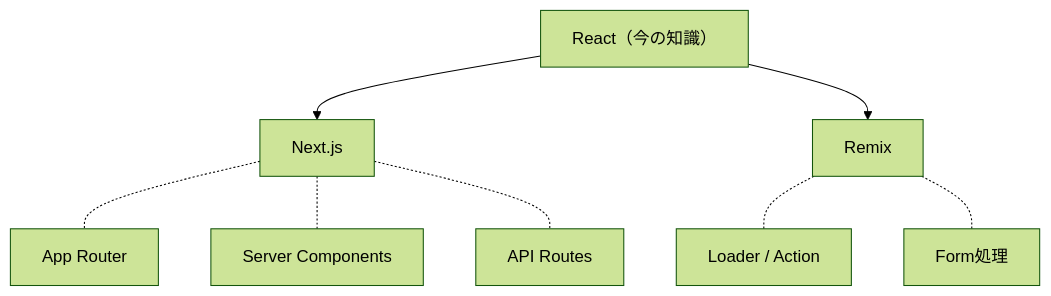
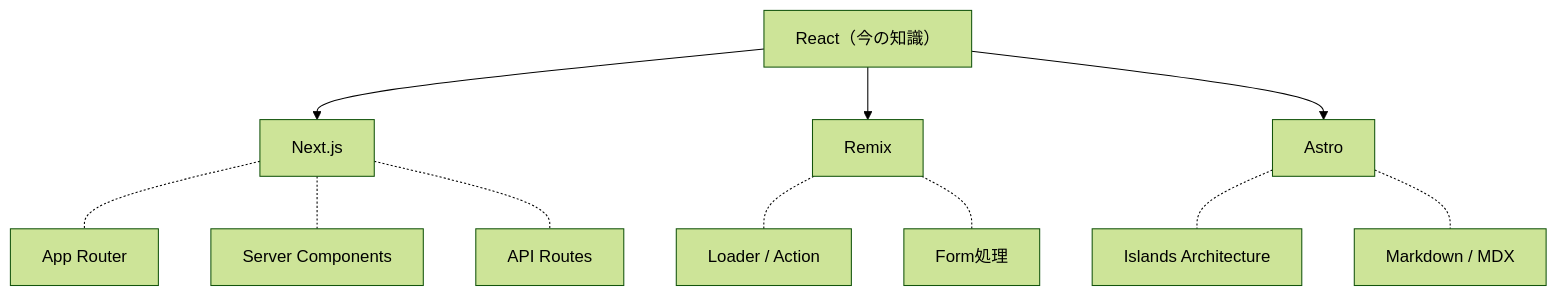
The seventh of 17 diagrams in src/content/lessons/23.md (tsunosekai/typescript-class), drawn with Mermaid (forest theme) before and after one commit. The commit also changed other lines of this file, not shown here.

Commit message:
Add Astro to lesson 23 frameworks section

````diff
--- a/src/content/lessons/23.md
+++ b/src/content/lessons/23.md
@@ -336,16 +337,21 @@
 ```mermaid
 flowchart TB
     REACT["React（今の知識）"]
     NEXT["Next.js"]
     REMIX["Remix"]
+    ASTRO["Astro"]
 
     REACT --> NEXT
     REACT --> REMIX
+    REACT --> ASTRO
 
     NEXT -.- N1["App Router"]
     NEXT -.- N2["Server Components"]
     NEXT -.- N3["API Routes"]
 
     REMIX -.- R1["Loader / Action"]
     REMIX -.- R2["Form処理"]
+
+    ASTRO -.- A1["Islands Architecture"]
+    ASTRO -.- A2["Markdown / MDX"]
 ```
````
